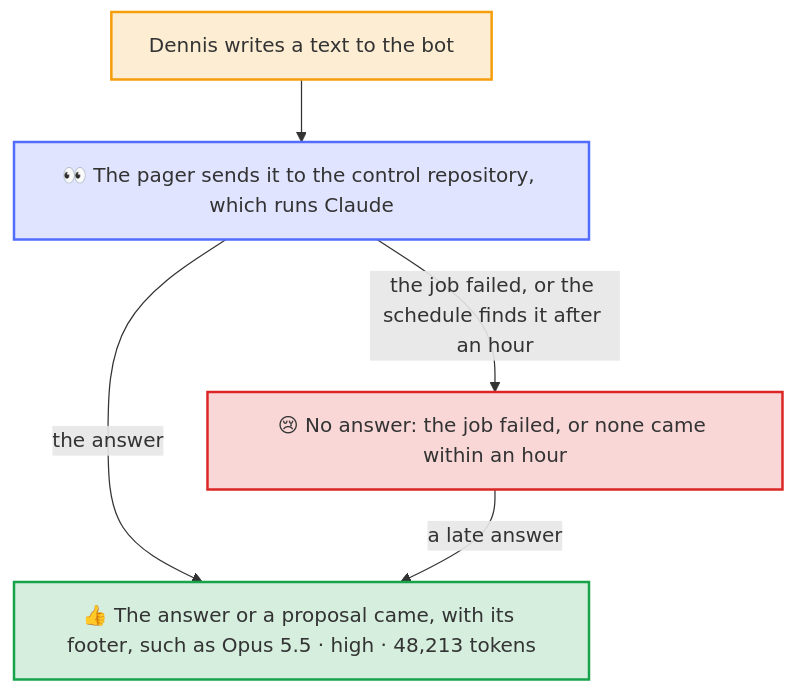
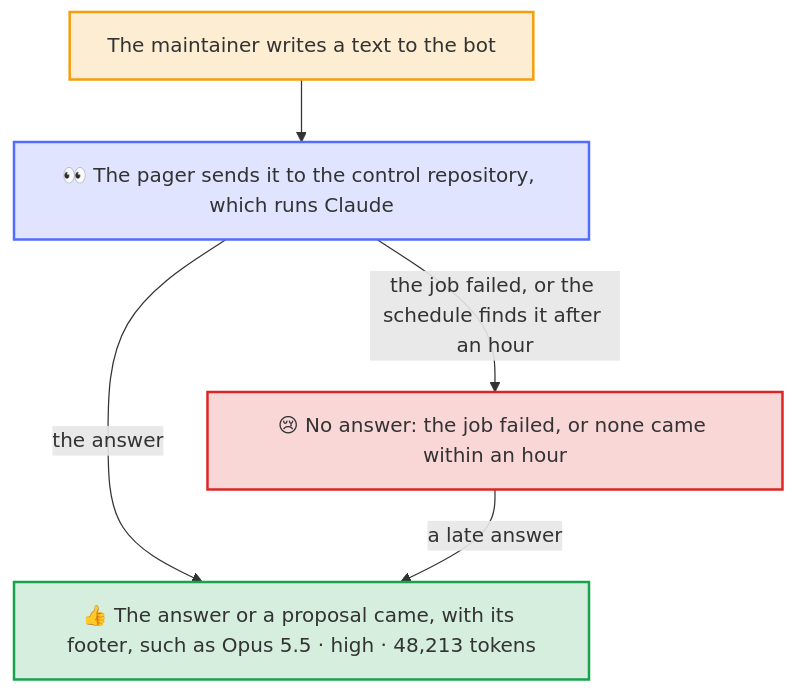
Before and after one commit to Dennis-Otto/dennis-otto-pager: the diagram in docs/diagrams/the-reaction-on-a-text.mmd, drawn with Mermaid. The commit also changed 146 other files, not shown here.

First line of the commit message:
feat: Dennis Otto Pager is now Repo Pager, a pager that anyone runs for their own repositories (#110)

```diff
--- a/docs/diagrams/the-reaction-on-a-text.mmd
+++ b/docs/diagrams/the-reaction-on-a-text.mmd
@@ -1,27 +1,27 @@
 ---
 config:
   flowchart:
     wrappingWidth: 400
 ---
 flowchart TB
     accTitle: The reaction on a text
-    accDescr: Dennis writes a text to the bot, and the pager sends it to the control repository and reacts with 👀. When the answer or a proposal comes, the 👀 becomes 👍. When the job fails, it becomes 😢, and so does it when no answer came within an hour, which the schedule finds every 15 minutes. An answer that comes after that still turns it into 👍.
+    accDescr: The maintainer writes a text to the bot, and the pager sends it to the control repository and reacts with 👀. When the answer or a proposal comes, the 👀 becomes 👍. When the job fails, it becomes 😢, and so does it when no answer came within an hour, which the schedule finds every 15 minutes. An answer that comes after that still turns it into 👍.
 
-    dennis["Dennis writes a text to the bot"]
+    dennis["The maintainer writes a text to the bot"]
     taken["`**👀** The pager sends it to the control repository, which runs Claude`"]
     answered["`**👍** The answer or a proposal came, with its footer, such as Opus 5.5 · high · 48,213 tokens`"]
     failed["`**😢** No answer: the job failed, or none came within an hour`"]
 
     dennis --> taken
     taken -- "the answer" --> answered
     taken -- "the job failed, or the schedule finds it after an hour" --> failed
     failed -- "a late answer" --> answered
 
     classDef you fill:#f59e0b2e,stroke:#f59e0b,stroke-width:2px
     classDef bot fill:#526cfe2e,stroke:#526cfe,stroke-width:2px
     classDef done fill:#16a34a2e,stroke:#16a34a,stroke-width:2px
     classDef warn fill:#dc26262e,stroke:#dc2626,stroke-width:2px
     class dennis you
     class taken bot
     class answered done
     class failed warn
```
